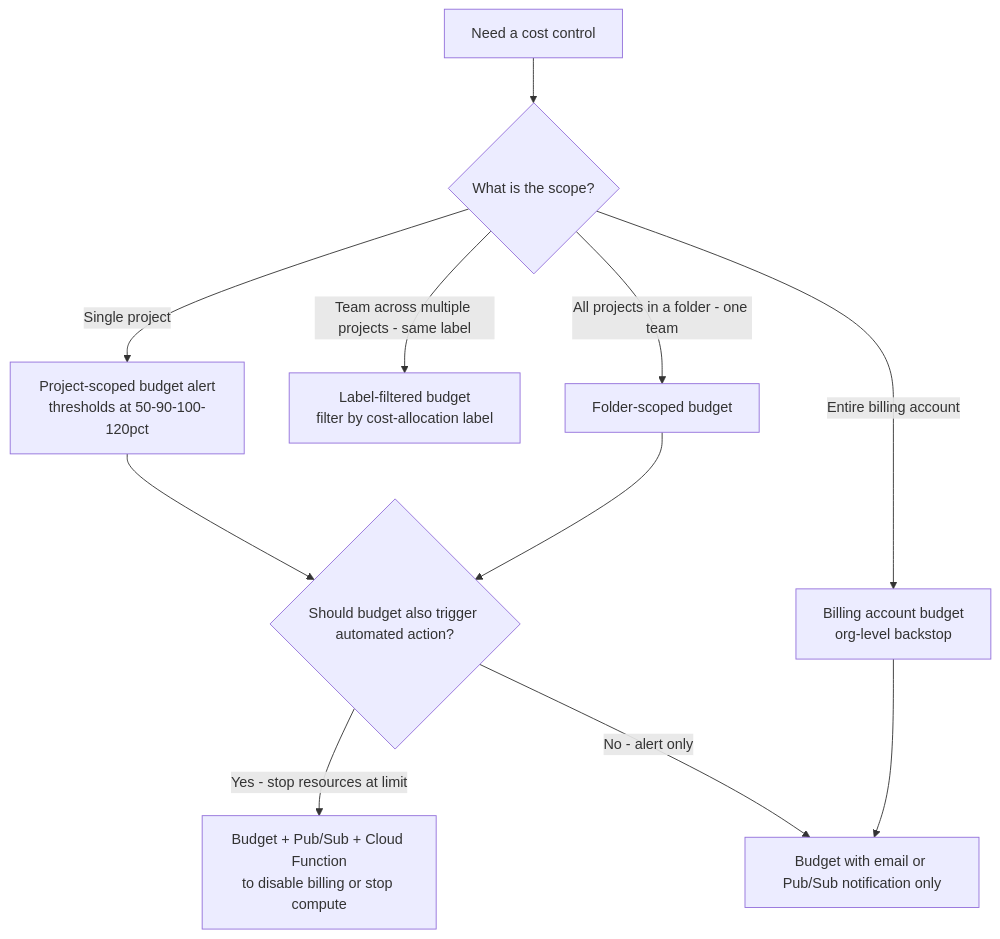
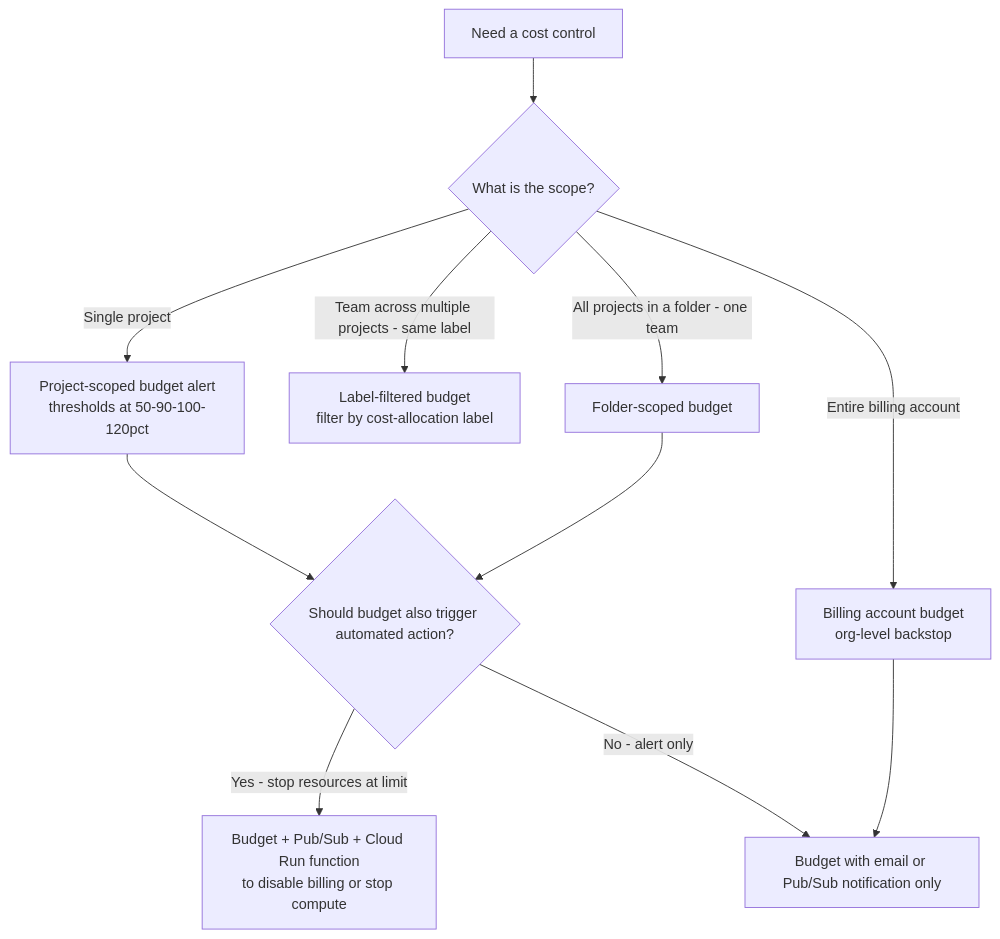
Before and after one commit to mcorbett51090/RavenClaude: the eighth of 8 diagrams in plugins/gcp-cloud/knowledge/gcp-cloud-decision-trees.md, drawn with Mermaid. The commit also changed other lines of this file and 28 other files, not shown here.

First line of the commit message:
fix(cloud-providers): App Runner retirement, Cloud Run functions rename, Azure retirement-date tense fixes (#1249)

````diff
--- a/plugins/gcp-cloud/knowledge/gcp-cloud-decision-trees.md
+++ b/plugins/gcp-cloud/knowledge/gcp-cloud-decision-trees.md
@@ -192,13 +192,13 @@
 ```mermaid
 flowchart TD
     START[Need a cost control] --> SCOPE{What is the scope?}
     SCOPE -->|Single project| PB[Project-scoped budget alert<br/>thresholds at 50-90-100-120pct]
     SCOPE -->|Team across multiple projects - same label| LB[Label-filtered budget<br/>filter by cost-allocation label]
     SCOPE -->|All projects in a folder - one team| FB[Folder-scoped budget]
     SCOPE -->|Entire billing account| OB[Billing account budget<br/>org-level backstop]
     PB --> ACTION{Should budget also trigger automated action?}
-    ACTION -->|Yes - stop resources at limit| PS[Budget + Pub/Sub + Cloud Function<br/>to disable billing or stop compute]
+    ACTION -->|Yes - stop resources at limit| PS[Budget + Pub/Sub + Cloud Run function<br/>to disable billing or stop compute]
     ACTION -->|No - alert only| ALERT[Budget with email or Pub/Sub notification only]
     FB --> ACTION
     OB --> ALERT
 ```
````
